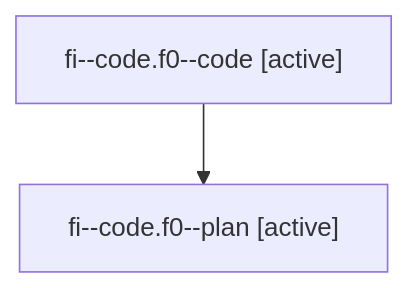
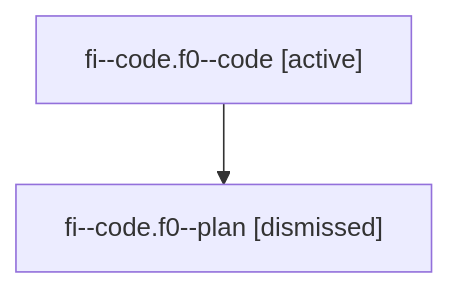
One commit to sase-org/sase--agents changed the diagram in sessions/bbugyi200.athena.fi--code.f0.md. Above: the diagram before and after it, drawn with Mermaid. The commit also changed other lines of this file and 42 other files, not shown here.

````diff
--- a/sessions/bbugyi200.athena.fi--code.f0.md
+++ b/sessions/bbugyi200.athena.fi--code.f0.md
@@ -9,6 +9,6 @@
 ```mermaid
 flowchart TD
   n0["fi--code.f0--code [active]"]
-  n1["fi--code.f0--plan [active]"]
+  n1["fi--code.f0--plan [dismissed]"]
   n0 --> n1
 ```
````
